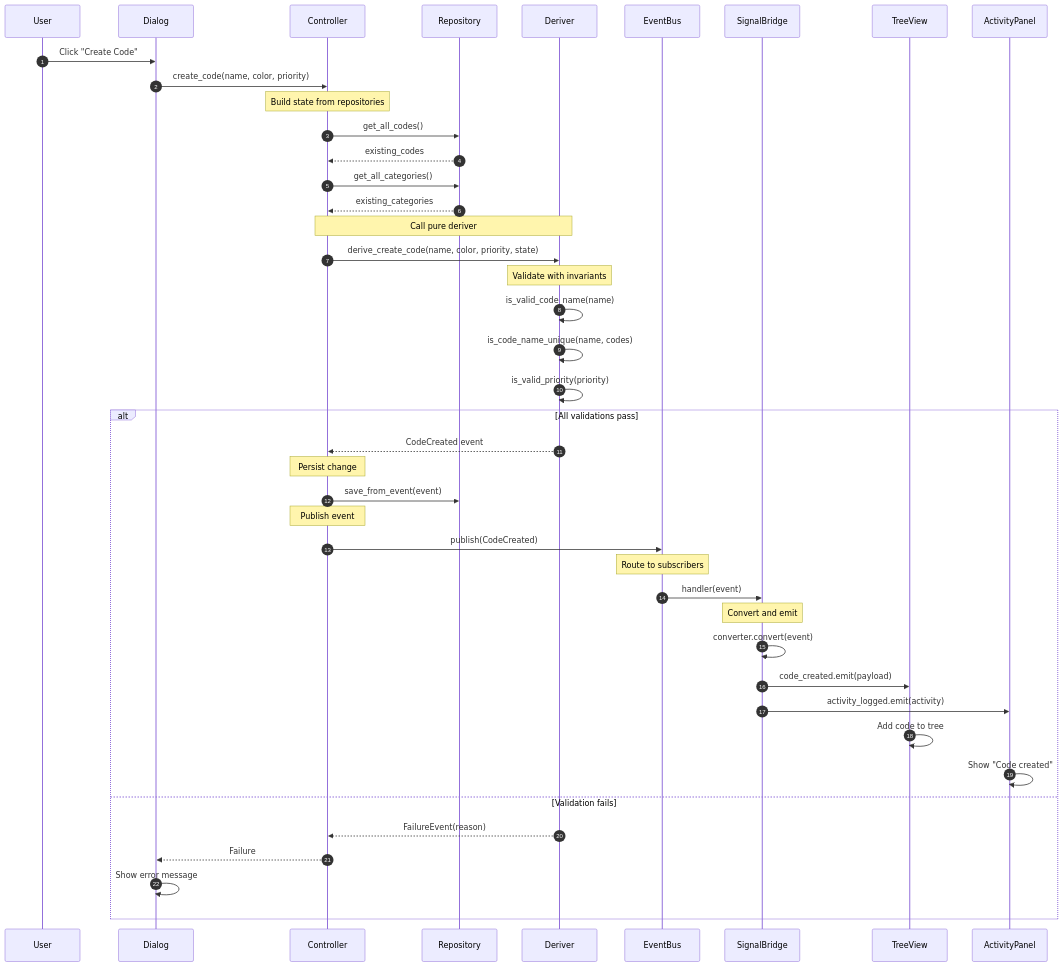
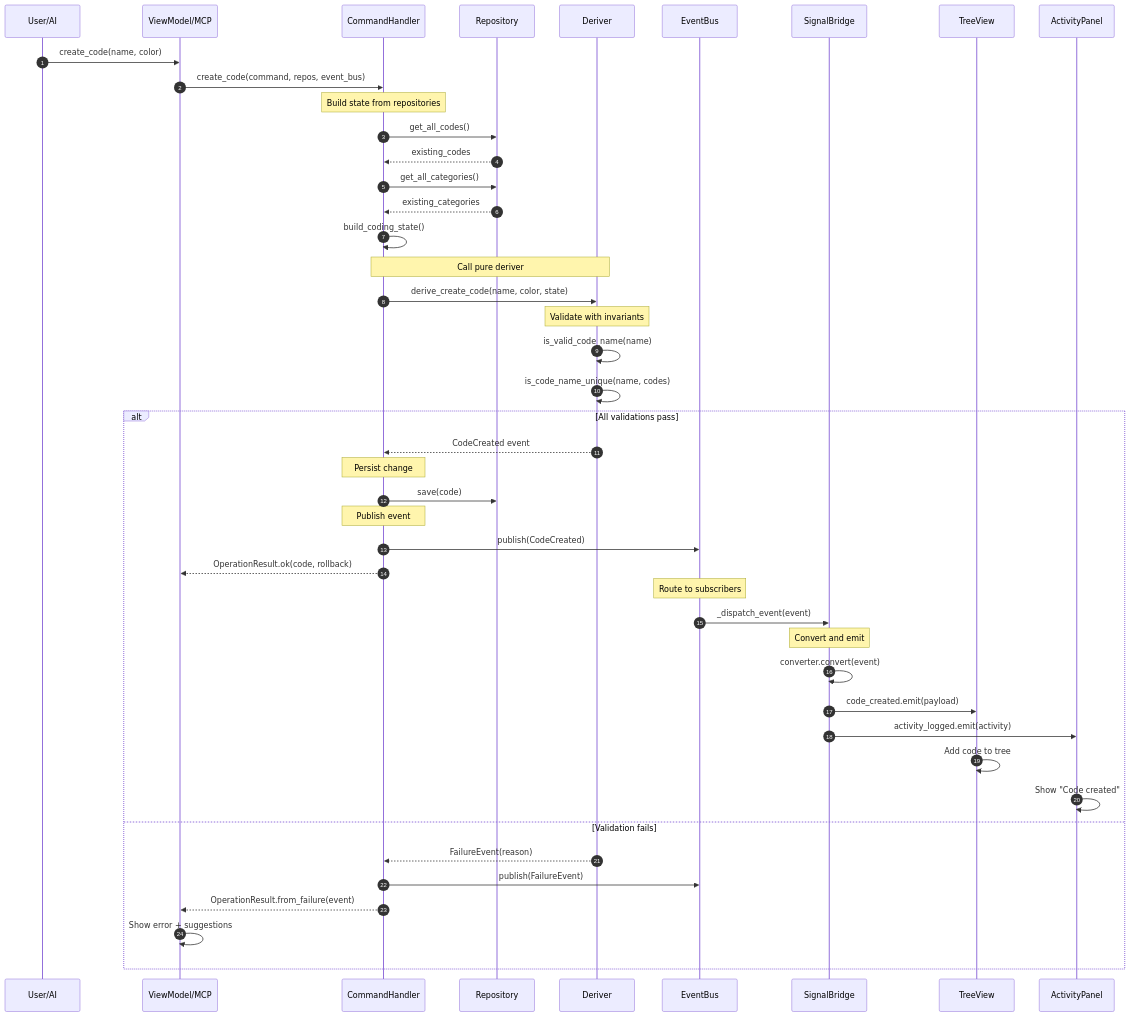
One commit to scope-impact/QualCoder-v2 changed the second of 4 diagrams in docs/tutorials/07-complete-flow.md. Above: the diagram before and after it, drawn with Mermaid. The commit also changed other lines of this file and 9 other files, not shown here.

First line of the commit message:
docs(tutorials): align with vertical slice architecture

````diff
--- a/docs/tutorials/07-complete-flow.md
+++ b/docs/tutorials/07-complete-flow.md
@@ -104,54 +123,56 @@
 ```mermaid
 sequenceDiagram
     autonumber
-    participant U as User
-    participant D as Dialog
-    participant C as Controller
+    participant U as User/AI
+    participant VM as ViewModel/MCP
+    participant CH as CommandHandler
     participant R as Repository
     participant DV as Deriver
     participant EB as EventBus
     participant SB as SignalBridge
     participant TV as TreeView
     participant AP as ActivityPanel
 
-    U->>D: Click "Create Code"
-    D->>C: create_code(name, color, priority)
+    U->>VM: create_code(name, color)
+    VM->>CH: create_code(command, repos, event_bus)
 
-    Note over C: Build state from repositories
-    C->>R: get_all_codes()
-    R-->>C: existing_codes
-    C->>R: get_all_categories()
-    R-->>C: existing_categories
+    Note over CH: Build state from repositories
+    CH->>R: get_all_codes()
+    R-->>CH: existing_codes
+    CH->>R: get_all_categories()
+    R-->>CH: existing_categories
+    CH->>CH: build_coding_state()
 
-    Note over C,DV: Call pure deriver
-    C->>DV: derive_create_code(name, color, priority, state)
+    Note over CH,DV: Call pure deriver
+    CH->>DV: derive_create_code(name, color, state)
 
     Note over DV: Validate with invariants
     DV->>DV: is_valid_code_name(name)
     DV->>DV: is_code_name_unique(name, codes)
-    DV->>DV: is_valid_priority(priority)
 
     alt All validations pass
-        DV-->>C: CodeCreated event
-        Note over C: Persist change
-        C->>R: save_from_event(event)
+        DV-->>CH: CodeCreated event
+        Note over CH: Persist change
+        CH->>R: save(code)
 
-        Note over C: Publish event
-        C->>EB: publish(CodeCreated)
+        Note over CH: Publish event
+        CH->>EB: publish(CodeCreated)
+        CH-->>VM: OperationResult.ok(code, rollback)
 
         Note over EB: Route to subscribers
-        EB->>SB: handler(event)
+        EB->>SB: _dispatch_event(event)
 
         Note over SB: Convert and emit
         SB->>SB: converter.convert(event)
         SB->>TV: code_created.emit(payload)
         SB->>AP: activity_logged.emit(activity)
 
         TV->>TV: Add code to tree
         AP->>AP: Show "Code created"
     else Validation fails
-        DV-->>C: FailureEvent(reason)
-        C-->>D: Failure
-        D->>D: Show error message
+        DV-->>CH: FailureEvent(reason)
+        CH->>EB: publish(FailureEvent)
+        CH-->>VM: OperationResult.from_failure(event)
+        VM->>VM: Show error + suggestions
     end
 ```
````
